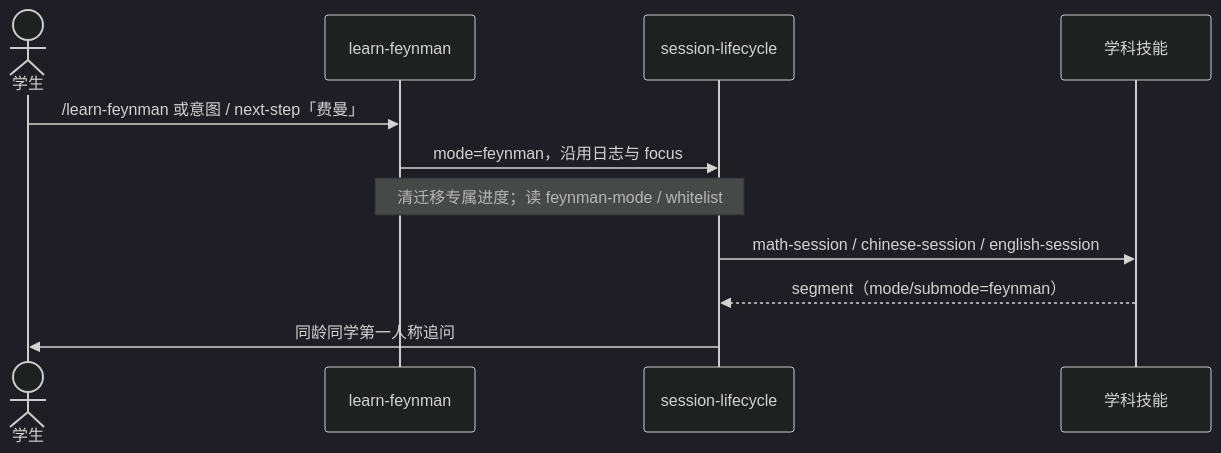
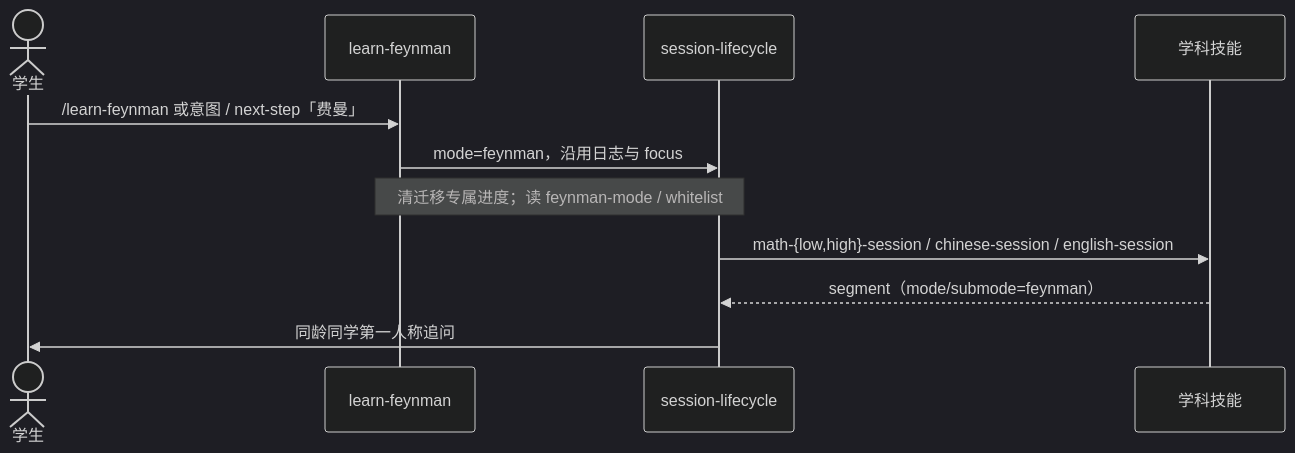
Before and after one commit to gengyabc/baicai-edu: diagram 14 of 21 in docs/skill-map/call-graph.md, drawn with Mermaid (dark theme). The commit also changed other lines of this file and 113 other files, not shown here.

````diff
--- a/docs/skill-map/call-graph.md
+++ b/docs/skill-map/call-graph.md
@@ -475,14 +475,14 @@
 ```mermaid
 sequenceDiagram
   actor S as 学生
   participant F as learn-feynman
   participant SL as session-lifecycle
   participant Sub as 学科技能
 
   S->>F: /learn-feynman 或意图 / next-step「费曼」
   F->>SL: mode=feynman，沿用日志与 focus
   Note over F,SL: 清迁移专属进度；读 feynman-mode / whitelist
-  SL->>Sub: math-session / chinese-session / english-session
+  SL->>Sub: math-{low,high}-session / chinese-session / english-session
   Sub-->>SL: segment（mode/submode=feynman）
   SL->>S: 同龄同学第一人称追问
 ```
````
